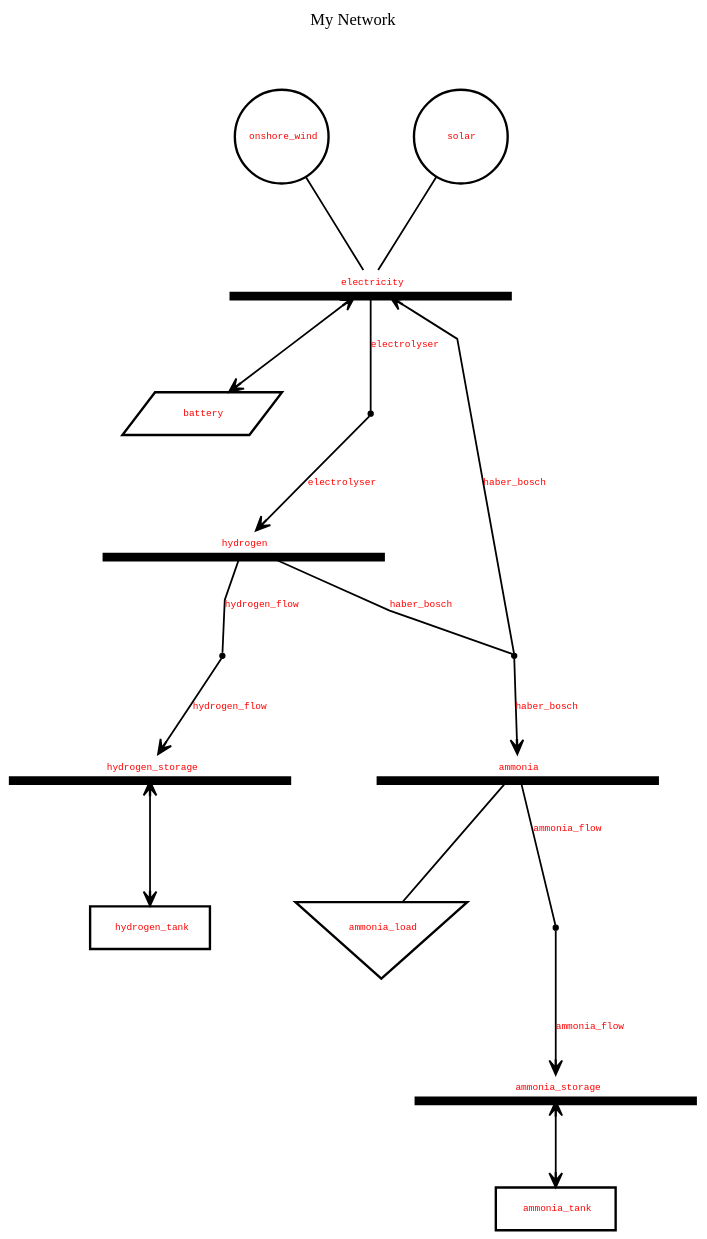
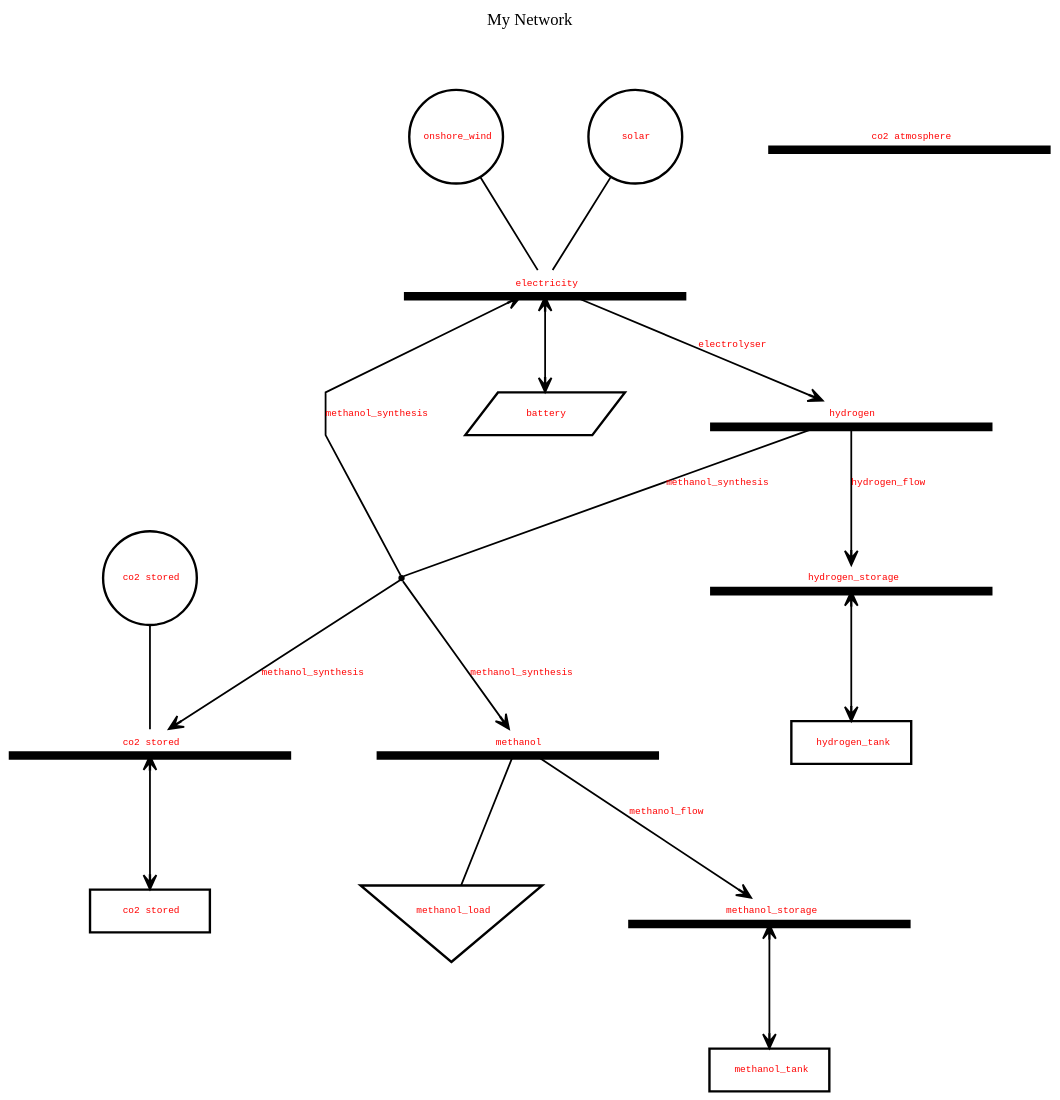
Before and after one commit to philouhawi/PyPSA-China-Green-LCOX-Model: the diagram in topography.dot, drawn with Graphviz. The commit also changed 1 other file, not shown here.

Commit message:
updates to LCO-Methanol model 2.0 2025-03-07.ipynb

```diff
--- a/topography.dot
+++ b/topography.dot
@@ -1,5 +1,5 @@
 //
-// Generated by PyPSATopo version 1.1.0 (on the 2025/03/07 at 19:08:41) using the following parameters: 
+// Generated by PyPSATopo version 1.1.0 (on the 2025/03/11 at 15:03:58) using the following parameters: 
 //
 //    file_input=None
 //    focus=None
@@ -33,10 +33,10 @@
 
            "
    tooltip = "Network: My Network
-Buses: 5 (out of 5)
-Generators: 2 (out of 2)
+Buses: 7 (out of 7)
+Generators: 3 (out of 3)
 Loads: 1 (out of 1)
-Stores: 2 (out of 2)
+Stores: 3 (out of 3)
 Storage units: 1 (out of 1)
 Links: 4 (out of 4)
 Lines: 0 (out of 0)
@@ -48,7 +48,7 @@
    node [fontname = "Courier New", fontsize = 8.00]
    edge [fontname = "Courier New", fontsize = 8.00]
 
-   // buses (5)
+   // buses (7)
    "electricity (bus)" [label = <<font color = "red">electricity</font>>, tooltip = "Bus: electricity
 Carrier: electricity
 Unit: 
@@ -69,7 +69,7 @@
 Stores: 0
 Storage units: 0
 Incoming links: 1
-Outgoing links: 3
+Outgoing links: 4
 Lines: 0
 
 Power time series: N/A ", shape = "underline", width = 3.30, height = 0.30, style = "setlinewidth(7.30)", color = "black"]
@@ -85,8 +85,8 @@
 Lines: 0
 
 Power time series: N/A ", shape = "underline", width = 3.30, height = 0.30, style = "setlinewidth(7.30)", color = "black"]
-   "ammonia (bus)" [label = <<font color = "red">ammonia</font>>, tooltip = "Bus: ammonia
-Carrier: ammonia
+   "methanol (bus)" [label = <<font color = "red">methanol</font>>, tooltip = "Bus: methanol
+Carrier: methanol
 Unit: 
 Generators: 0
 Loads: 1
@@ -97,8 +97,8 @@
 Lines: 0
 
 Power time series: N/A ", shape = "underline", width = 3.30, height = 0.30, style = "setlinewidth(7.30)", color = "black"]
-   "ammonia_storage (bus)" [label = <<font color = "red">ammonia_storage</font>>, tooltip = "Bus: ammonia_storage
-Carrier: ammonia
+   "methanol_storage (bus)" [label = <<font color = "red">methanol_storage</font>>, tooltip = "Bus: methanol_storage
+Carrier: methanol
 Unit: 
 Generators: 0
 Loads: 0
@@ -109,8 +109,32 @@
 Lines: 0
 
 Power time series: N/A ", shape = "underline", width = 3.30, height = 0.30, style = "setlinewidth(7.30)", color = "black"]
+   "co2 atmosphere (bus)" [label = <<font color = "red">co2 atmosphere</font>>, tooltip = "Bus: co2 atmosphere
+Carrier: co2
+Unit: 
+Generators: 0
+Loads: 0
+Stores: 0
+Storage units: 0
+Incoming links: 0
+Outgoing links: 0
+Lines: 0
 
-   // generators (2)
+Power time series: N/A ", shape = "underline", width = 3.30, height = 0.30, style = "setlinewidth(7.30)", color = "black"]
+   "co2 stored (bus)" [label = <<font color = "red">co2 stored</font>>, tooltip = "Bus: co2 stored
+Carrier: co2 stored
+Unit: 
+Generators: 1
+Loads: 0
+Stores: 1
+Storage units: 0
+Incoming links: 1
+Outgoing links: 0
+Lines: 0
+
+Power time series: N/A ", shape = "underline", width = 3.30, height = 0.30, style = "setlinewidth(7.30)", color = "black"]
+
+   // generators (3)
    "onshore_wind (generator)" [label = <<font color = "red">onshore_wind</font>>, tooltip = "Generator: onshore_wind
 Bus: electricity
 Carrier: wind
@@ -135,14 +159,26 @@
 
 Optimised nominal power: 0.00 
 Power time series: N/A ", shape = "circle", width = 1.10, style = "setlinewidth(2.00)", color = "black"]   "solar (generator)" -> "electricity (bus)" [style = "setlinewidth(1.50)", color = "black", arrowhead = "none"]
+   "co2 stored (generator)" [label = <<font color = "red">co2 stored</font>>, tooltip = "Generator: co2 stored
+Bus: co2 stored
+Carrier: co2 stored
+Extendable nominal power: True
+Nominal power: 0.00 
+Power set: 0.00 
+Efficiency: 1.00
+Capital cost: 0.00 currency/
+Marginal cost: 28.20 currency/h
+
+Optimised nominal power: 0.00 
+Power time series: N/A ", shape = "circle", width = 1.10, style = "setlinewidth(2.00)", color = "black"]   "co2 stored (generator)" -> "co2 stored (bus)" [style = "setlinewidth(1.50)", color = "black", arrowhead = "none"]
 
    // loads (1)
-   "ammonia_load (load)" [label = <<font color = "red">ammonia_load</font>>, tooltip = "Load: ammonia_load
-Bus: ammonia
+   "methanol_load (load)" [label = <<font color = "red">methanol_load</font>>, tooltip = "Load: methanol_load
+Bus: methanol
 Carrier: 
-Power set: 100.00 ", shape = "invtriangle", width = 1.50, height = 1.20, style = "setlinewidth(2.00)", color = "black"]   "ammonia (bus)" -> "ammonia_load (load)" [style = "setlinewidth(1.50)", color = "black", arrowhead = "none"]
+Power set: 100.00 ", shape = "invtriangle", width = 1.50, height = 1.20, style = "setlinewidth(2.00)", color = "black"]   "methanol (bus)" -> "methanol_load (load)" [style = "setlinewidth(1.50)", color = "black", arrowhead = "none"]
 
-   // stores (2)
+   // stores (3)
    "hydrogen_tank (store)" [label = <<font color = "red">hydrogen_tank</font>>, tooltip = "Store: hydrogen_tank
 Bus: hydrogen_storage
 Carrier: hydrogen
@@ -156,9 +192,9 @@
 Optimised nominal energy: 0.00 h
 Energy time series: N/A h
 Power time series: N/A ", shape = "box", width = 1.40, style = "setlinewidth(2.00)", color = "black"]   "hydrogen_storage (bus)" -> "hydrogen_tank (store)" [style = "setlinewidth(1.50)", color = "black", arrowhead = "vee", arrowtail = "vee", arrowsize = 1.20, dir = "both"]
-   "ammonia_tank (store)" [label = <<font color = "red">ammonia_tank</font>>, tooltip = "Store: ammonia_tank
-Bus: ammonia_storage
-Carrier: ammonia
+   "methanol_tank (store)" [label = <<font color = "red">methanol_tank</font>>, tooltip = "Store: methanol_tank
+Bus: methanol_storage
+Carrier: methanol
 Extendable nominal energy: True
 Nominal energy: 0.00 h
 Power set: 0.00 
@@ -168,7 +204,20 @@
 
 Optimised nominal energy: 0.00 h
 Energy time series: N/A h
-Power time series: N/A ", shape = "box", width = 1.40, style = "setlinewidth(2.00)", color = "black"]   "ammonia_storage (bus)" -> "ammonia_tank (store)" [style = "setlinewidth(1.50)", color = "black", arrowhead = "vee", arrowtail = "vee", arrowsize = 1.20, dir = "both"]
+Power time series: N/A ", shape = "box", width = 1.40, style = "setlinewidth(2.00)", color = "black"]   "methanol_storage (bus)" -> "methanol_tank (store)" [style = "setlinewidth(1.50)", color = "black", arrowhead = "vee", arrowtail = "vee", arrowsize = 1.20, dir = "both"]
+   "co2 stored (store)" [label = <<font color = "red">co2 stored</font>>, tooltip = "Store: co2 stored
+Bus: co2 stored
+Carrier: co2 stored
+Extendable nominal energy: True
+Nominal energy: 0.00 h
+Power set: 0.00 
+Cyclic energy: False
+Capital cost: 0.00 currency/
+Marginal cost: 0.00 currency/h
+
+Optimised nominal energy: 0.00 h
+Energy time series: N/A h
+Power time series: N/A ", shape = "box", width = 1.40, style = "setlinewidth(2.00)", color = "black"]   "co2 stored (bus)" -> "co2 stored (store)" [style = "setlinewidth(1.50)", color = "black", arrowhead = "vee", arrowtail = "vee", arrowsize = 1.20, dir = "both"]
 
    // storage units (1)
    "battery (storage unit)" [label = <<font color = "red">battery</font>>, tooltip = "Storage unit: battery
@@ -184,115 +233,21 @@
 Optimised nominal power: 0.00 
 Power time series: N/A ", shape = "parallelogram", width = 1.80, style = "setlinewidth(2.00)", color = "black"]   "electricity (bus)" -> "battery (storage unit)" [style = "setlinewidth(1.50)", color = "black", arrowhead = "vee", arrowtail = "vee", arrowsize = 1.20, dir = "both"]
 
-   // links (0)
-
-   // multi-link trunks (4)
-   "electrolyser (multi-link)" [label = <<font color = "red">electrolyser</font>>, tooltip = "Multi-link: electrolyser
-From: electricity (bus0)
-To: hydrogen (bus1)
-Carrier: Electrolyser
-Extendable nominal energy: True
-Nominal power: 0.00 MW
-Capital cost: 87630.44 currency/MW
-Marginal cost: 0.00 currency/MWh
-
-Optimised nominal power: 0.00 MW
-Power time series (p0): N/A MW", shape = "point", width = 0.06, color = "black"]
-   "electricity (bus)" -> "electrolyser (multi-link)" [label = <<font color = "red">electrolyser</font>>, tooltip = "Multi-link: electrolyser
-From: electricity (bus0)
-To: hydrogen (bus1)
-Carrier: Electrolyser
-Extendable nominal power: True
-Nominal power: 0.00 MW
-Capital cost: 87630.44 currency/MW
-Marginal cost: 0.00 currency/MWh
-
-Optimised nominal power: 0.00 MW
-Power time series (p0): N/A MW", style = "setlinewidth(1.50)", color = "black", arrowhead = "none"]
-   "hydrogen_flow (multi-link)" [label = <<font color = "red">hydrogen_flow</font>>, tooltip = "Multi-link: hydrogen_flow
-From: hydrogen (bus0)
-To: hydrogen_storage (bus1)
-Carrier: 
-Extendable nominal energy: True
-Nominal power: 0.00 MW
-Capital cost: 0.00 currency/MW
-Marginal cost: 1.00 currency/MWh
-
-Optimised nominal power: 0.00 MW
-Power time series (p0): N/A MW", shape = "point", width = 0.06, color = "black"]
-   "hydrogen (bus)" -> "hydrogen_flow (multi-link)" [label = <<font color = "red">hydrogen_flow</font>>, tooltip = "Multi-link: hydrogen_flow
-From: hydrogen (bus0)
-To: hydrogen_storage (bus1)
-Carrier: 
-Extendable nominal power: True
-Nominal power: 0.00 MW
-Capital cost: 0.00 currency/MW
-Marginal cost: 1.00 currency/MWh
-
-Optimised nominal power: 0.00 MW
-Power time series (p0): N/A MW", style = "setlinewidth(1.50)", color = "black", arrowhead = "none"]
-   "haber_bosch (multi-link)" [label = <<font color = "red">haber_bosch</font>>, tooltip = "Multi-link: haber_bosch
-From: hydrogen (bus0)
-To: ammonia (bus1)
-To: electricity (bus2)
-Carrier: Haber-Bosch
-Extendable nominal energy: True
-Nominal power: 0.00 MW
-Capital cost: 75185.56 currency/MW
-Marginal cost: 10.85 currency/MWh
-
-Optimised nominal power: 0.00 MW
-Power time series (p0): N/A MW", shape = "point", width = 0.06, color = "black"]
-   "hydrogen (bus)" -> "haber_bosch (multi-link)" [label = <<font color = "red">haber_bosch</font>>, tooltip = "Multi-link: haber_bosch
-From: hydrogen (bus0)
-To: ammonia (bus1)
-To: electricity (bus2)
-Carrier: Haber-Bosch
-Extendable nominal power: True
-Nominal power: 0.00 MW
-Capital cost: 75185.56 currency/MW
-Marginal cost: 10.85 currency/MWh
-
-Optimised nominal power: 0.00 MW
-Power time series (p0): N/A MW", style = "setlinewidth(1.50)", color = "black", arrowhead = "none"]
-   "ammonia_flow (multi-link)" [label = <<font color = "red">ammonia_flow</font>>, tooltip = "Multi-link: ammonia_flow
-From: ammonia (bus0)
-To: ammonia_storage (bus1)
-Carrier: 
-Extendable nominal energy: True
-Nominal power: 0.00 MW
-Capital cost: 0.00 currency/MW
-Marginal cost: 1.00 currency/MWh
-
-Optimised nominal power: 0.00 MW
-Power time series (p0): N/A MW", shape = "point", width = 0.06, color = "black"]
-   "ammonia (bus)" -> "ammonia_flow (multi-link)" [label = <<font color = "red">ammonia_flow</font>>, tooltip = "Multi-link: ammonia_flow
-From: ammonia (bus0)
-To: ammonia_storage (bus1)
-Carrier: 
-Extendable nominal power: True
-Nominal power: 0.00 MW
-Capital cost: 0.00 currency/MW
-Marginal cost: 1.00 currency/MWh
-
-Optimised nominal power: 0.00 MW
-Power time series (p0): N/A MW", style = "setlinewidth(1.50)", color = "black", arrowhead = "none"]
-
-   // multi-link branches (5)
-   "electrolyser (multi-link)" -> "hydrogen (bus)" [label = <<font color = "red">electrolyser</font>>, tooltip = "Multi-link: electrolyser
+   // links (3)
+   "electricity (bus)" -> "hydrogen (bus)" [label = <<font color = "red">electrolyser</font>>, tooltip = "Link: electrolyser
 From: electricity (bus0)
 To: hydrogen (bus1)
 Carrier: Electrolyser
 Extendable nominal power: True
 Nominal power: 0.00 MW
 Efficiency: 0.59
-Capital cost: 87630.44 currency/MW
+Capital cost: 60179.63 currency/MW
 Marginal cost: 0.00 currency/MWh
 
 Optimised nominal power: 0.00 MW
 Power time series (p0): N/A MW
 Power time series (p1): N/A MW", style = "setlinewidth(1.50)", color = "black", arrowhead = "vee", arrowsize = 1.20]
-   "hydrogen_flow (multi-link)" -> "hydrogen_storage (bus)" [label = <<font color = "red">hydrogen_flow</font>>, tooltip = "Multi-link: hydrogen_flow
+   "hydrogen (bus)" -> "hydrogen_storage (bus)" [label = <<font color = "red">hydrogen_flow</font>>, tooltip = "Link: hydrogen_flow
 From: hydrogen (bus0)
 To: hydrogen_storage (bus1)
 Carrier: 
@@ -305,35 +260,9 @@
 Optimised nominal power: 0.00 MW
 Power time series (p0): N/A MW
 Power time series (p1): N/A MW", style = "setlinewidth(1.50)", color = "black", arrowhead = "vee", arrowsize = 1.20]
-   "haber_bosch (multi-link)" -> "ammonia (bus)" [label = <<font color = "red">haber_bosch</font>>, tooltip = "Multi-link: haber_bosch
-From: hydrogen (bus0)
-To: ammonia (bus1)
-Carrier: Haber-Bosch
-Extendable nominal power: True
-Nominal power: 0.00 MW
-Efficiency: 0.82
-Capital cost: 75185.56 currency/MW
-Marginal cost: 10.85 currency/MWh
-
-Optimised nominal power: 0.00 MW
-Power time series (p0): N/A MW
-Power time series (p1): N/A MW", style = "setlinewidth(1.50)", color = "black", arrowhead = "vee", arrowsize = 1.20]
-   "haber_bosch (multi-link)" -> "electricity (bus)" [label = <<font color = "red">haber_bosch</font>>, tooltip = "Multi-link: haber_bosch
-From: hydrogen (bus0)
-To: electricity (bus2)
-Carrier: Haber-Bosch
-Extendable nominal power: True
-Nominal power: 0.00 MW
-Efficiency: -0.12
-Capital cost: 75185.56 currency/MW
-Marginal cost: 10.85 currency/MWh
-
-Optimised nominal power: 0.00 MW
-Power time series (p0): N/A MW
-Power time series (p2): N/A MW", style = "setlinewidth(1.50)", color = "black", arrowhead = "vee", arrowsize = 1.20]
-   "ammonia_flow (multi-link)" -> "ammonia_storage (bus)" [label = <<font color = "red">ammonia_flow</font>>, tooltip = "Multi-link: ammonia_flow
-From: ammonia (bus0)
-To: ammonia_storage (bus1)
+   "methanol (bus)" -> "methanol_storage (bus)" [label = <<font color = "red">methanol_flow</font>>, tooltip = "Link: methanol_flow
+From: methanol (bus0)
+To: methanol_storage (bus1)
 Carrier: 
 Extendable nominal power: True
 Nominal power: 0.00 MW
@@ -345,5 +274,74 @@
 Power time series (p0): N/A MW
 Power time series (p1): N/A MW", style = "setlinewidth(1.50)", color = "black", arrowhead = "vee", arrowsize = 1.20]
 
+   // multi-link trunks (1)
+   "methanol_synthesis (multi-link)" [label = <<font color = "red">methanol_synthesis</font>>, tooltip = "Multi-link: methanol_synthesis
+From: hydrogen (bus0)
+To: methanol (bus1)
+To: electricity (bus2)
+To: co2 stored (bus3)
+Carrier: methanol_synthesis
+Extendable nominal energy: True
+Nominal power: 0.00 MW
+Capital cost: 140100.96 currency/MW
+Marginal cost: 0.00 currency/MWh
+
+Optimised nominal power: 0.00 MW
+Power time series (p0): N/A MW", shape = "point", width = 0.06, color = "black"]
+   "hydrogen (bus)" -> "methanol_synthesis (multi-link)" [label = <<font color = "red">methanol_synthesis</font>>, tooltip = "Multi-link: methanol_synthesis
+From: hydrogen (bus0)
+To: methanol (bus1)
+To: electricity (bus2)
+To: co2 stored (bus3)
+Carrier: methanol_synthesis
+Extendable nominal power: True
+Nominal power: 0.00 MW
+Capital cost: 140100.96 currency/MW
+Marginal cost: 0.00 currency/MWh
+
+Optimised nominal power: 0.00 MW
+Power time series (p0): N/A MW", style = "setlinewidth(1.50)", color = "black", arrowhead = "none"]
+
+   // multi-link branches (3)
+   "methanol_synthesis (multi-link)" -> "methanol (bus)" [label = <<font color = "red">methanol_synthesis</font>>, tooltip = "Multi-link: methanol_synthesis
+From: hydrogen (bus0)
+To: methanol (bus1)
+Carrier: methanol_synthesis
+Extendable nominal power: True
+Nominal power: 0.00 MW
+Efficiency: 0.80
+Capital cost: 140100.96 currency/MW
+Marginal cost: 0.00 currency/MWh
+
+Optimised nominal power: 0.00 MW
+Power time series (p0): N/A MW
+Power time series (p1): N/A MW", style = "setlinewidth(1.50)", color = "black", arrowhead = "vee", arrowsize = 1.20]
+   "methanol_synthesis (multi-link)" -> "electricity (bus)" [label = <<font color = "red">methanol_synthesis</font>>, tooltip = "Multi-link: methanol_synthesis
+From: hydrogen (bus0)
+To: electricity (bus2)
+Carrier: methanol_synthesis
+Extendable nominal power: True
+Nominal power: 0.00 MW
+Efficiency: -0.03
+Capital cost: 140100.96 currency/MW
+Marginal cost: 0.00 currency/MWh
+
+Optimised nominal power: 0.00 MW
+Power time series (p0): N/A MW
+Power time series (p2): N/A MW", style = "setlinewidth(1.50)", color = "black", arrowhead = "vee", arrowsize = 1.20]
+   "methanol_synthesis (multi-link)" -> "co2 stored (bus)" [label = <<font color = "red">methanol_synthesis</font>>, tooltip = "Multi-link: methanol_synthesis
+From: hydrogen (bus0)
+To: co2 stored (bus3)
+Carrier: methanol_synthesis
+Extendable nominal power: True
+Nominal power: 0.00 MW
+Efficiency: -0.21
+Capital cost: 140100.96 currency/MW
+Marginal cost: 0.00 currency/MWh
+
+Optimised nominal power: 0.00 MW
+Power time series (p0): N/A MW
+Power time series (p3): N/A MW", style = "setlinewidth(1.50)", color = "black", arrowhead = "vee", arrowsize = 1.20]
+
    // lines (0)
 }
```
